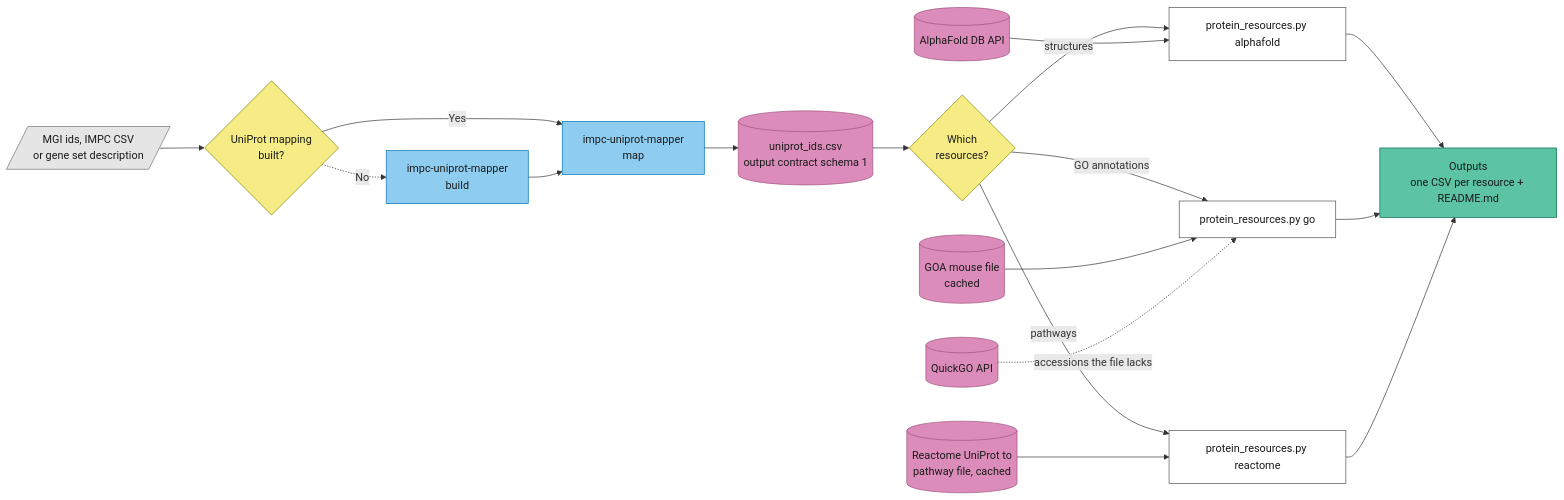
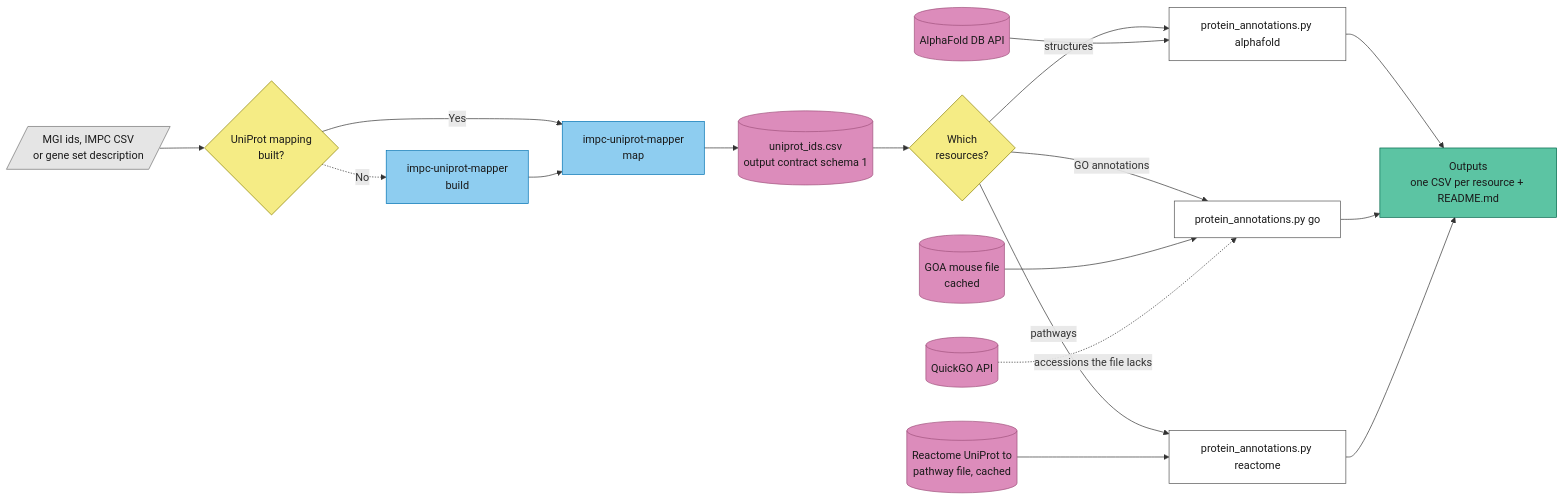
The third of 5 diagrams in skills-architecture.md (mpi2/impc-api-skills), drawn with Mermaid before and after one commit. The commit also changed other lines of this file and 6 other files, not shown here.

````diff
--- a/skills-architecture.md
+++ b/skills-architecture.md
@@ -100,46 +100,46 @@
 ```mermaid
 flowchart LR
     Q[/"MGI ids, IMPC CSV<br/>or gene set description"/]
     BUILT{"UniProt mapping<br/>built?"}
     BUILD["impc-uniprot-mapper<br/>build"]
     MAPPER["impc-uniprot-mapper<br/>map"]
     IDS[("uniprot_ids.csv<br/>output contract schema 1")]
     ASK{"Which<br/>resources?"}
-    AF["protein_resources.py alphafold"]
-    GO["protein_resources.py go"]
-    RE["protein_resources.py reactome"]
+    AF["protein_annotations.py alphafold"]
+    GO["protein_annotations.py go"]
+    RE["protein_annotations.py reactome"]
     AFDB[("AlphaFold DB API")]
     GOA[("GOA mouse file<br/>cached")]
     QGO[("QuickGO API")]
     REACT[("Reactome UniProt to<br/>pathway file, cached")]
     OUT["Outputs<br/>one CSV per resource + README.md"]
 
     Q --> BUILT
     BUILT -- Yes --> MAPPER
     BUILT -. No .-> BUILD --> MAPPER
     MAPPER --> IDS --> ASK
     ASK -- "structures" --> AF
     ASK -- "GO annotations" --> GO
     ASK -- "pathways" --> RE
     AFDB --> AF
     GOA --> GO
     QGO -. "accessions the file lacks" .-> GO
     REACT --> RE
     AF --> OUT
     GO --> OUT
     RE --> OUT
 
     %% shared palette (same in all diagrams), Okabe-Ito based, checked for protan/deutan/tritan
     classDef source fill:#dc8cbb,stroke:#a0527c,color:#1a1a1a
     classDef skill fill:#8ecdf0,stroke:#0072b2,color:#1a1a1a
     classDef decision fill:#f5ec85,stroke:#8a7f00,color:#1a1a1a
     classDef step fill:#ffffff,stroke:#525252,color:#1a1a1a
     classDef output fill:#5cc4a3,stroke:#00664a,color:#1a1a1a
     classDef input fill:#e5e5e5,stroke:#737373,color:#1a1a1a
     class Q input
     class AFDB,GOA,QGO,REACT,IDS source
     class MAPPER,BUILD skill
     class ASK,BUILT decision
     class AF,GO,RE step
     class OUT output
 ```
````
